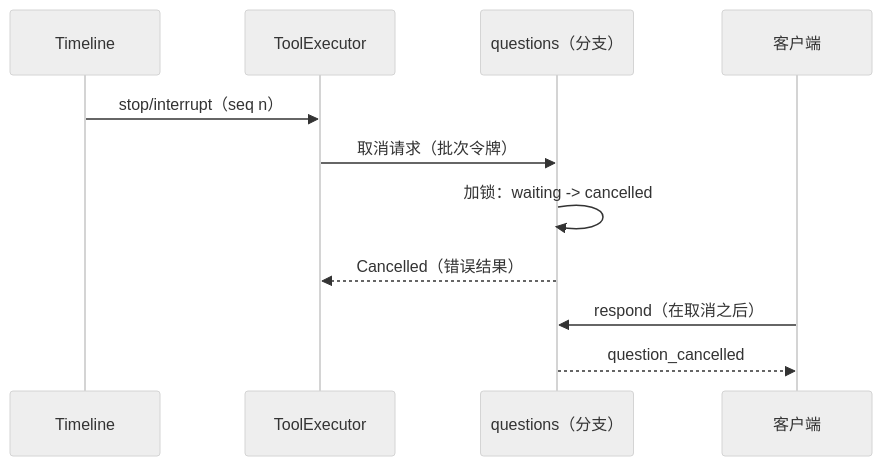
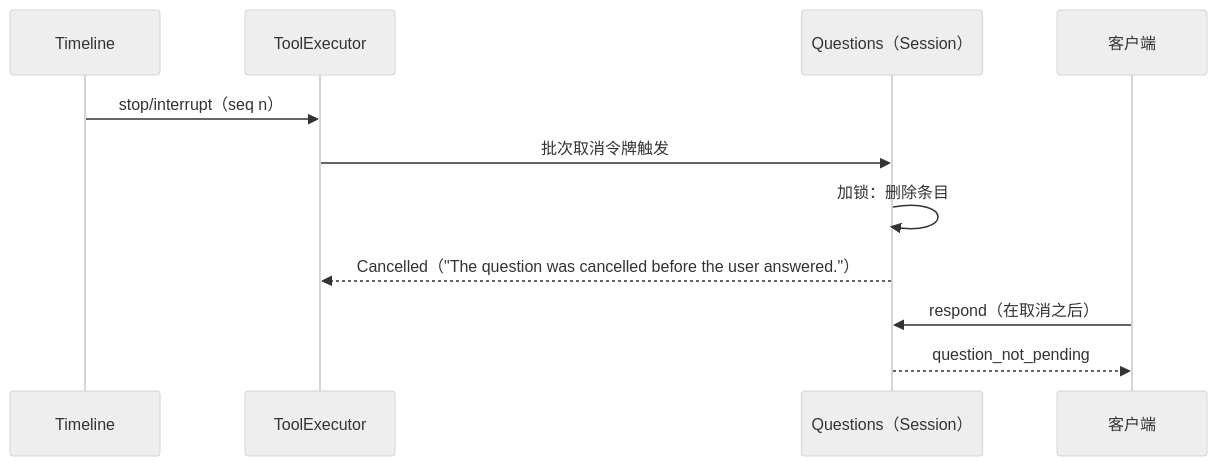
One commit to CoutinhoTTS/dim-agent changed the fourth of 4 diagrams in docs/zh/design/plugins/Questions.md. Above: the diagram before and after it, drawn with Mermaid (neutral theme). The commit also changed other lines of this file and 11 other files, not shown here.

````diff
--- a/docs/zh/design/plugins/Questions.md
+++ b/docs/zh/design/plugins/Questions.md
@@ -131,13 +166,13 @@
 ```mermaid
 sequenceDiagram
   participant TL as Timeline
   participant TE as ToolExecutor
-  participant QB as questions（分支）
+  participant Q as Questions（Session）
   participant C as 客户端
   TL->>TE: stop/interrupt（seq n）
-  TE->>QB: 取消请求（批次令牌）
-  QB->>QB: 加锁：waiting -> cancelled
-  QB-->>TE: Cancelled（错误结果）
-  C->>QB: respond（在取消之后）
-  QB-->>C: question_cancelled
+  TE->>Q: 批次取消令牌触发
+  Q->>Q: 加锁：删除条目
+  Q-->>TE: Cancelled（"The question was cancelled before the user answered."）
+  C->>Q: respond（在取消之后）
+  Q-->>C: question_not_pending
 ```
````
